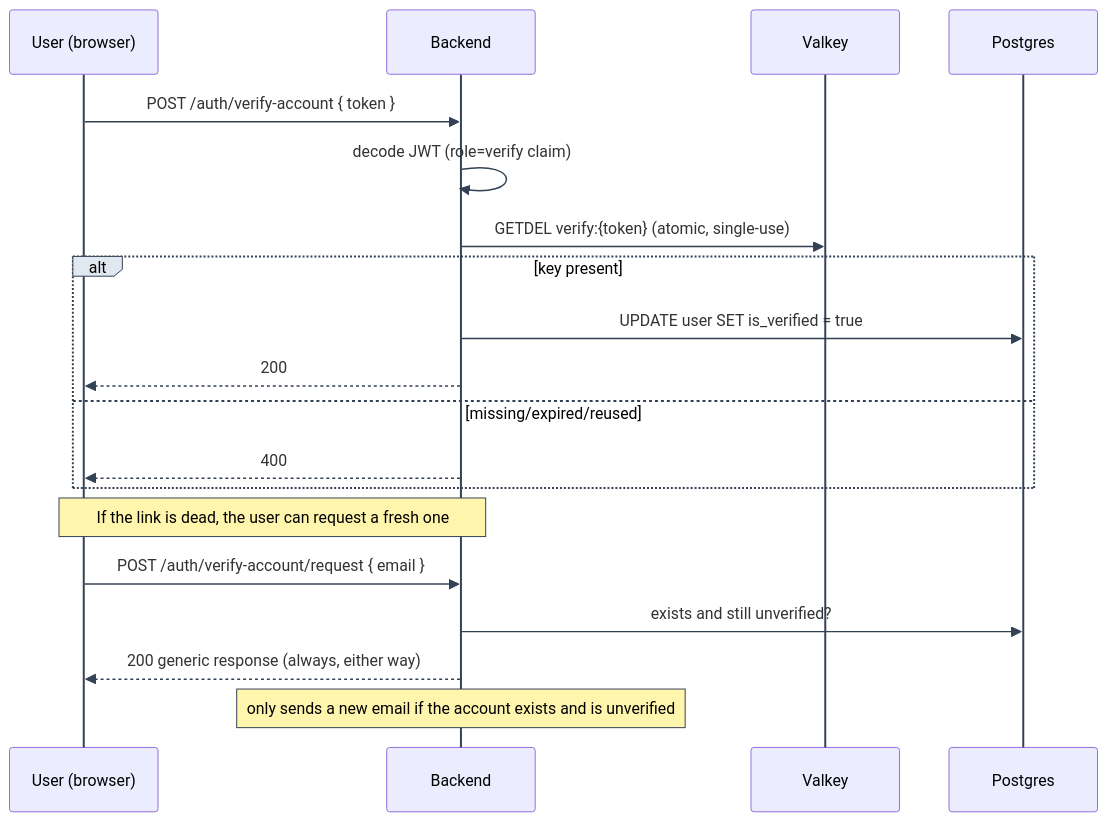
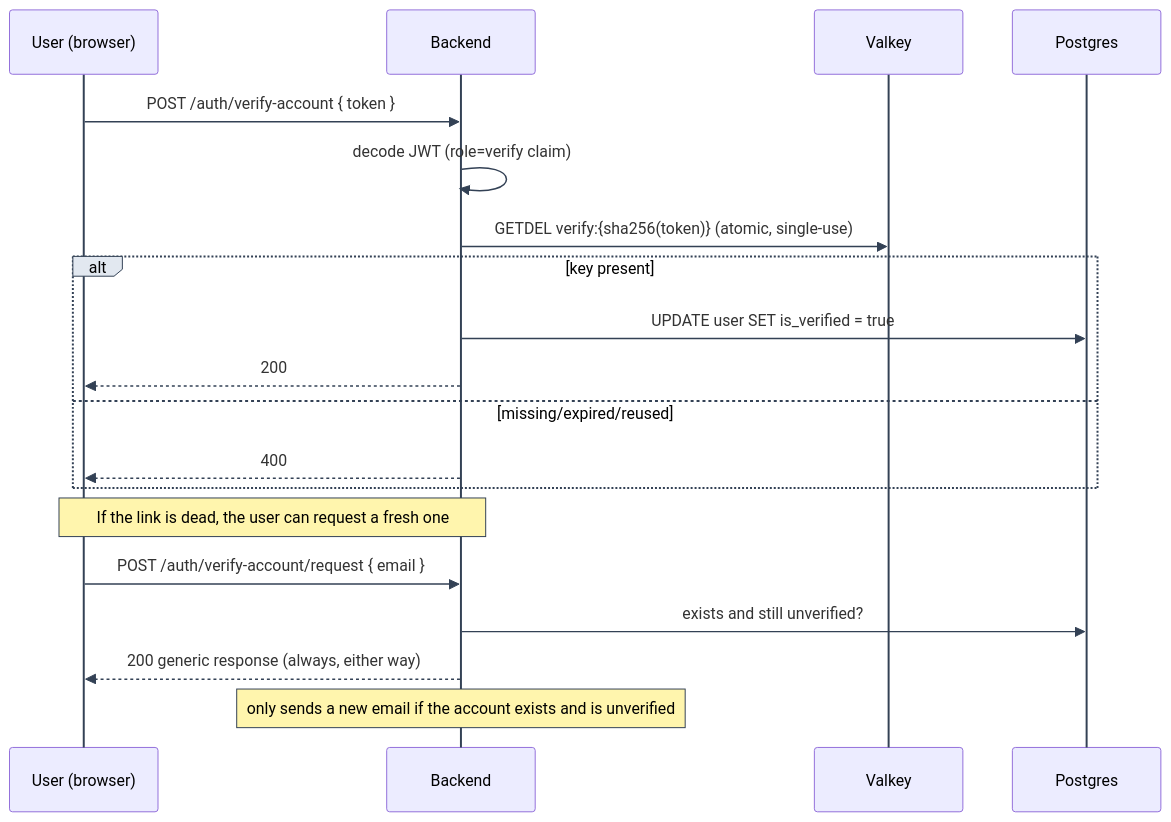
One commit to Nachiket-2024/mystic-auth changed the second of 2 diagrams in docs/mystic_auth/authentication/signup-and-verification.md. Above: the diagram before and after it, drawn with Mermaid. The commit also changed other lines of this file and 820 other files, not shown here.

````diff
--- a/docs/mystic_auth/authentication/signup-and-verification.md
+++ b/docs/mystic_auth/authentication/signup-and-verification.md
@@ -65,22 +65,22 @@
 ```mermaid
 %%{init: {"themeVariables": {"lineColor": "#334155", "signalColor": "#334155", "actorLineColor": "#334155", "activationBorderColor": "#334155", "labelBoxBorderColor": "#334155", "labelBoxBkgColor": "#e2e8f0", "noteBorderColor": "#334155"}, "themeCSS": ".messageLine0, .messageLine1 { stroke-width: 2px !important; }"} }%%
 sequenceDiagram
     participant U as User (browser)
     participant API as Backend
     participant R as Valkey
     participant DB as Postgres
     U->>API: POST /auth/verify-account { token }
     API->>API: decode JWT (role=verify claim)
-    API->>R: GETDEL verify:{token} (atomic, single-use)
+    API->>R: GETDEL verify:{sha256(token)} (atomic, single-use)
     alt key present
         API->>DB: UPDATE user SET is_verified = true
         API-->>U: 200
     else missing/expired/reused
         API-->>U: 400
     end
     Note over U,API: If the link is dead, the user can request a fresh one
     U->>API: POST /auth/verify-account/request { email }
     API->>DB: exists and still unverified?
     API-->>U: 200 generic response (always, either way)
     Note over API: only sends a new email if the account exists and is unverified
 ```
````
